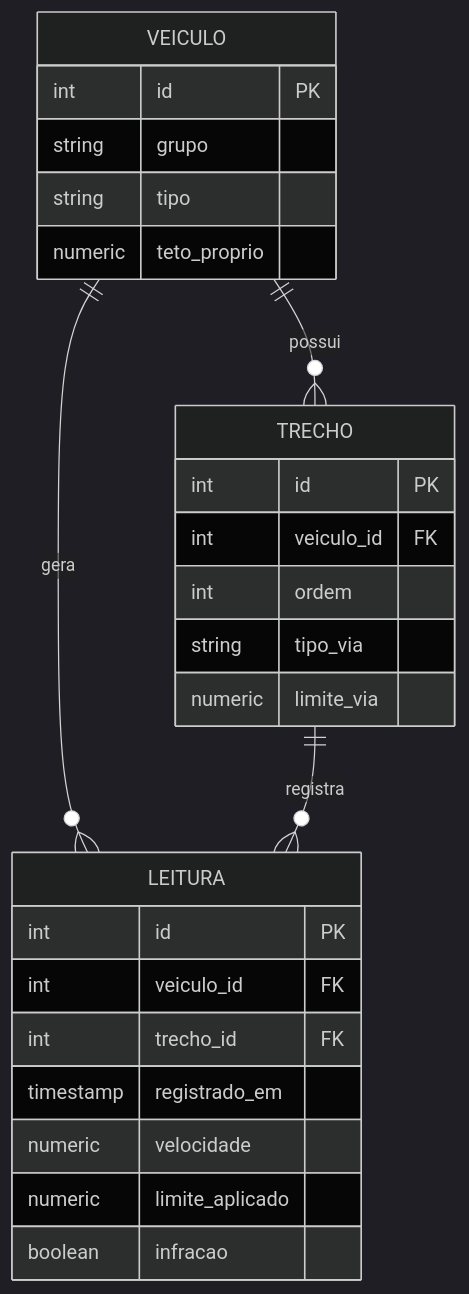
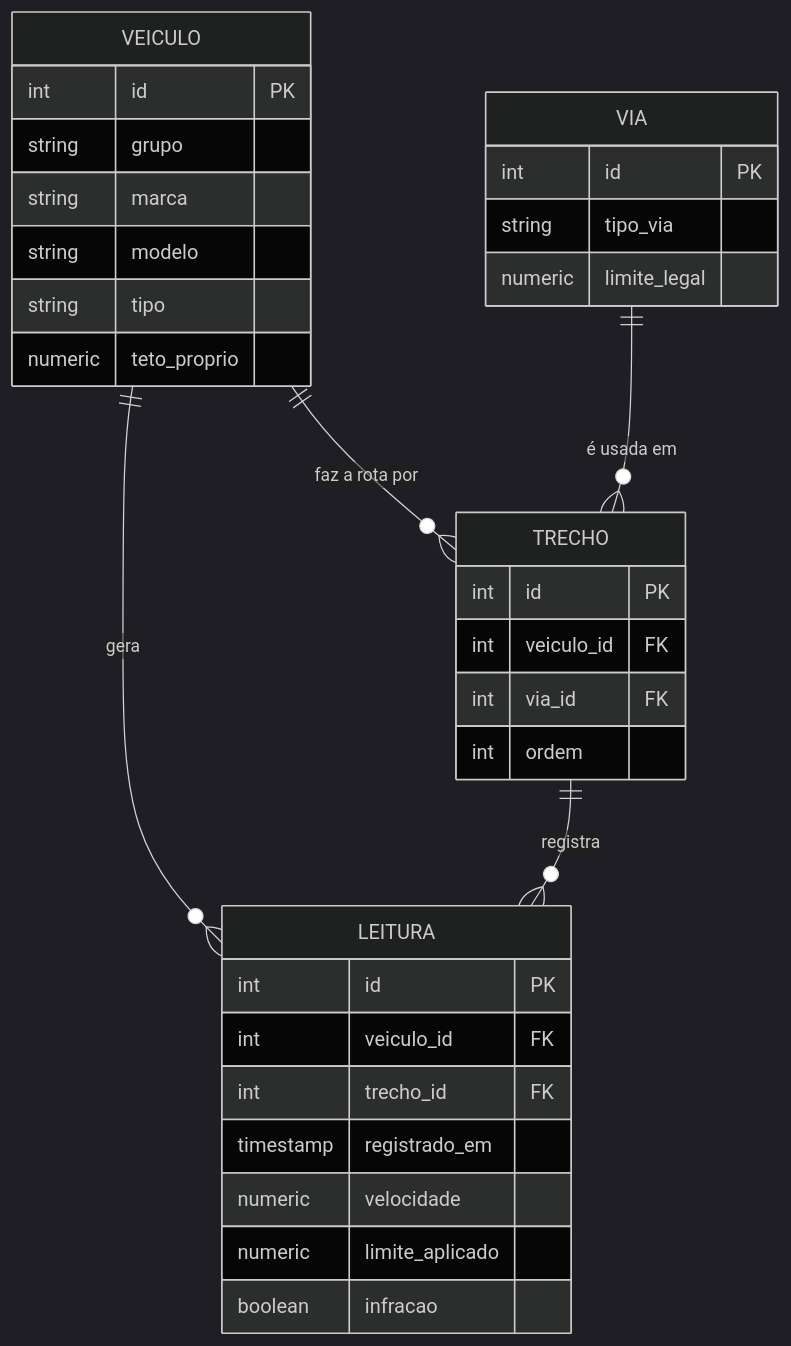
Before and after one commit to pontarolli/bdda-aulas: the diagram in aulas/01-projeto-fiscalizacao-persistencia.qmd, drawn with Mermaid (dark theme). The commit also changed other lines of this file and 1 other file, not shown here.

First line of the commit message:
Persistencia via Postgres em container no RPi, com 5 papeis individuais

````diff
--- a/aulas/01-projeto-fiscalizacao-persistencia.qmd
+++ b/aulas/01-projeto-fiscalizacao-persistencia.qmd
@@ -102,29 +112,36 @@
 ```{mermaid}
 erDiagram
-    VEICULO ||--o{ TRECHO : possui
+    VEICULO ||--o{ TRECHO : "faz a rota por"
+    VIA ||--o{ TRECHO : "é usada em"
     VEICULO ||--o{ LEITURA : gera
     TRECHO ||--o{ LEITURA : registra
 
     VEICULO {
         int id PK
         string grupo
+        string marca
+        string modelo
         string tipo
         numeric teto_proprio
+    }
+    VIA {
+        int id PK
+        string tipo_via
+        numeric limite_legal
     }
     TRECHO {
         int id PK
         int veiculo_id FK
+        int via_id FK
         int ordem
-        string tipo_via
-        numeric limite_via
     }
     LEITURA {
         int id PK
         int veiculo_id FK
         int trecho_id FK
         timestamp registrado_em
         numeric velocidade
         numeric limite_aplicado
         boolean infracao
     }
 ```
````
